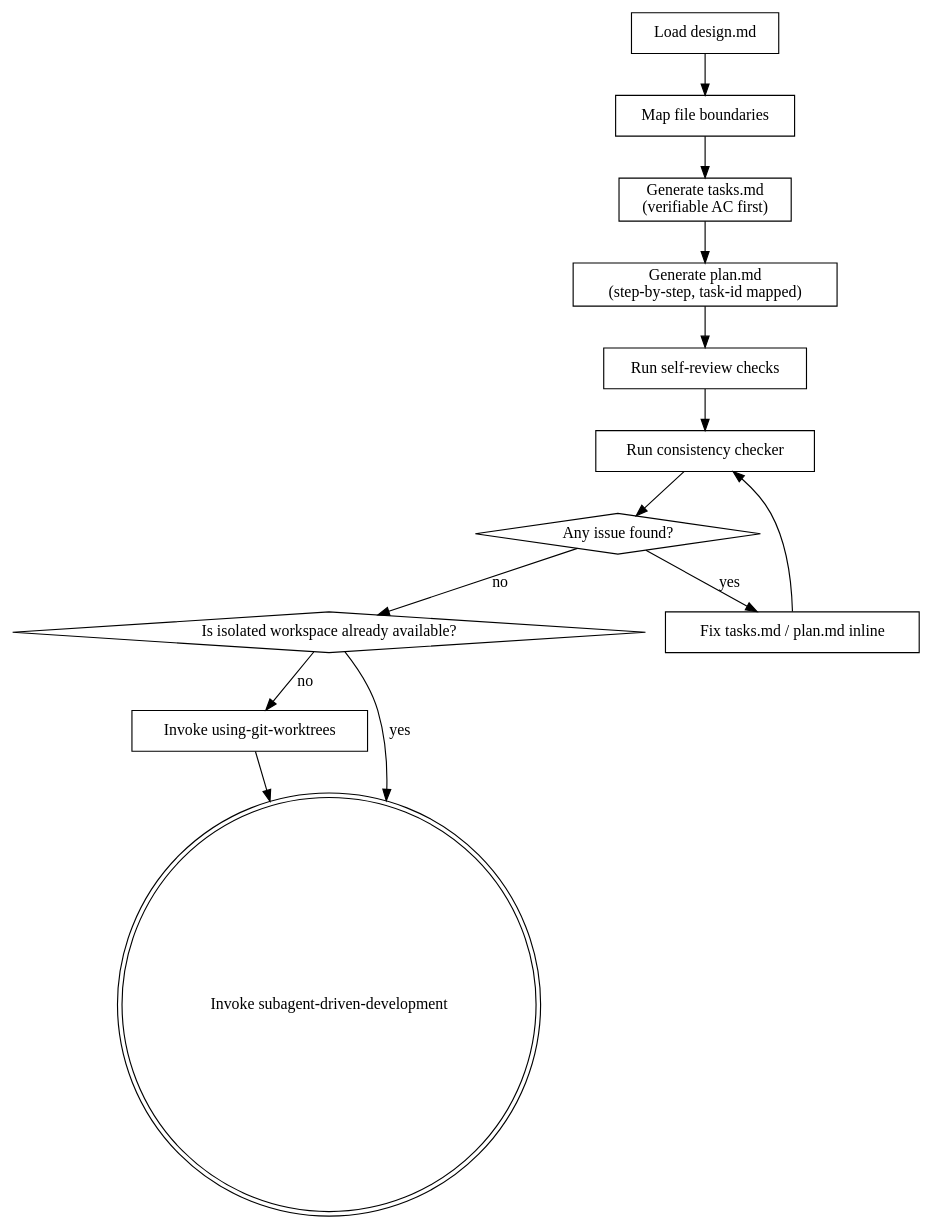
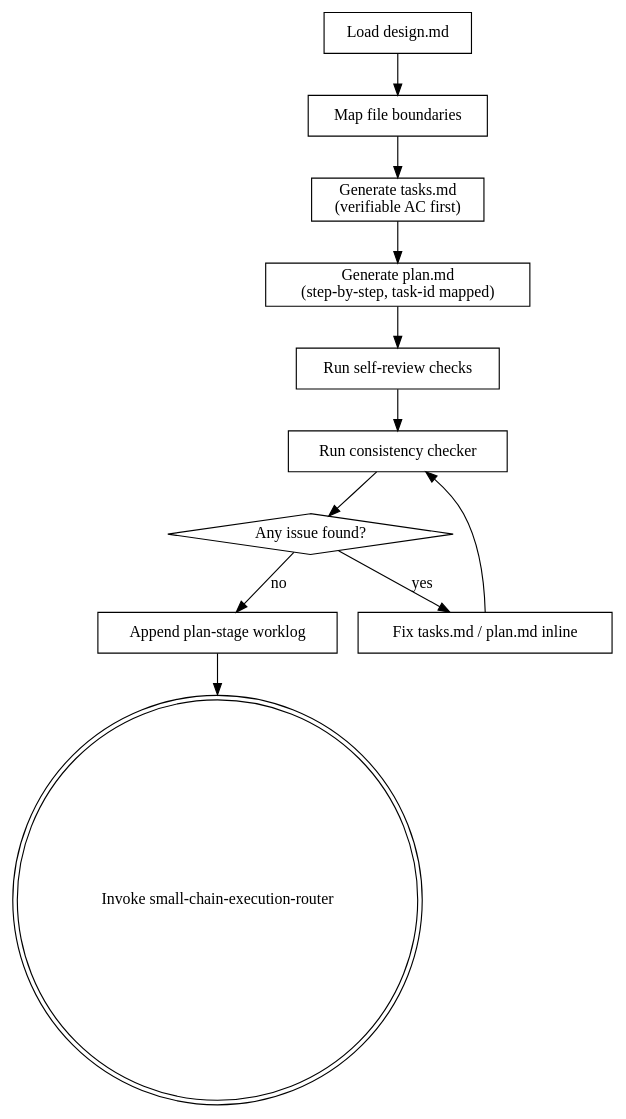
The diagram in community/superpowers/skills/writing-plans/SKILL.md (jieli-cqwl/org-claude-skills), drawn with Graphviz before and after one commit. The commit also changed other lines of this file and 15 other files, not shown here.

Commit message:
fix: enforce small-chain router handoff

````diff
--- a/community/superpowers/skills/writing-plans/SKILL.md
+++ b/community/superpowers/skills/writing-plans/SKILL.md
@@ -70,28 +70,25 @@
 ```dot
 digraph writing_plans {
     "Load design.md" [shape=box];
     "Map file boundaries" [shape=box];
     "Generate tasks.md\n(verifiable AC first)" [shape=box];
     "Generate plan.md\n(step-by-step, task-id mapped)" [shape=box];
     "Run self-review checks" [shape=box];
     "Run consistency checker" [shape=box];
     "Any issue found?" [shape=diamond];
     "Fix tasks.md / plan.md inline" [shape=box];
-    "Is isolated workspace already available?" [shape=diamond];
-    "Invoke using-git-worktrees" [shape=box];
-    "Invoke subagent-driven-development" [shape=doublecircle];
+    "Append plan-stage worklog" [shape=box];
+    "Invoke small-chain-execution-router" [shape=doublecircle];
 
     "Load design.md" -> "Map file boundaries";
     "Map file boundaries" -> "Generate tasks.md\n(verifiable AC first)";
     "Generate tasks.md\n(verifiable AC first)" -> "Generate plan.md\n(step-by-step, task-id mapped)";
     "Generate plan.md\n(step-by-step, task-id mapped)" -> "Run self-review checks";
     "Run self-review checks" -> "Run consistency checker";
     "Run consistency checker" -> "Any issue found?";
     "Any issue found?" -> "Fix tasks.md / plan.md inline" [label="yes"];
     "Fix tasks.md / plan.md inline" -> "Run consistency checker";
-    "Any issue found?" -> "Is isolated workspace already available?" [label="no"];
-    "Is isolated workspace already available?" -> "Invoke subagent-driven-development" [label="yes"];
-    "Is isolated workspace already available?" -> "Invoke using-git-worktrees" [label="no"];
-    "Invoke using-git-worktrees" -> "Invoke subagent-driven-development";
+    "Any issue found?" -> "Append plan-stage worklog" [label="no"];
+    "Append plan-stage worklog" -> "Invoke small-chain-execution-router";
 }
 ```
````
